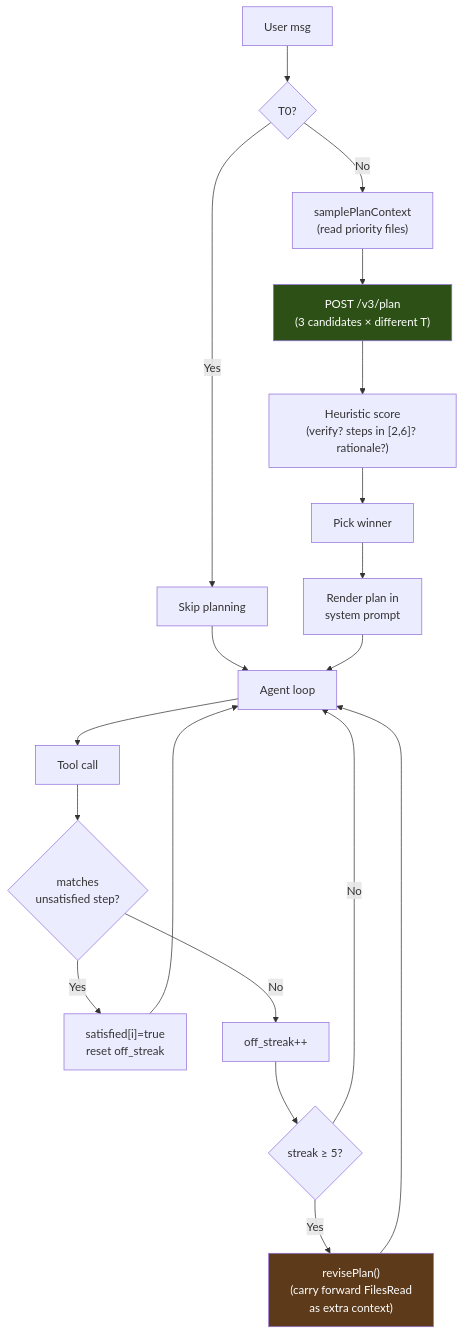
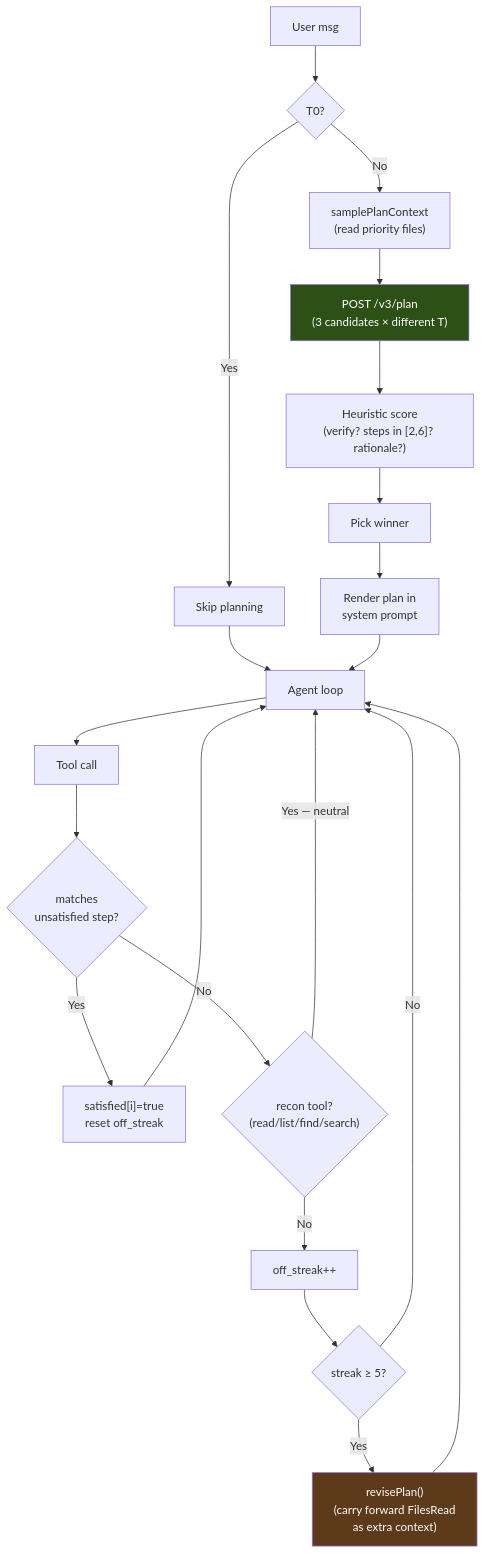
Before and after one commit to itigges22/ATLAS: the diagram in docs/PLAN_MODE.md, drawn with Mermaid. The commit also changed other lines of this file and 5 other files, not shown here.

````diff
--- a/docs/PLAN_MODE.md
+++ b/docs/PLAN_MODE.md
@@ -12,21 +12,23 @@
 ```mermaid
 flowchart TD
     User["User msg"] --> Tier{T0?}
     Tier -->|Yes| Skip["Skip planning"] --> Loop["Agent loop"]
     Tier -->|No| Sample["samplePlanContext\n(read priority files)"]
     Sample --> Plan["POST /v3/plan\n(3 candidates × different T)"]
     Plan --> Score["Heuristic score\n(verify? steps in [2,6]? rationale?)"]
     Score --> Best["Pick winner"]
     Best --> System["Render plan in\nsystem prompt"]
     System --> Loop
     Loop --> Tool["Tool call"]
     Tool --> Adhere{"matches\nunsatisfied step?"}
     Adhere -->|Yes| Tick["satisfied[i]=true\nreset off_streak"] --> Loop
-    Adhere -->|No| Streak["off_streak++"]
+    Adhere -->|No| Recon{"recon tool?\n(read/list/find/search)"}
+    Recon -->|"Yes — neutral"| Loop
+    Recon -->|No| Streak["off_streak++"]
     Streak --> Cap{streak ≥ 5?}
     Cap -->|No| Loop
     Cap -->|Yes| Revise["revisePlan()\n(carry forward FilesRead\nas extra context)"] --> Loop
 
     style Plan fill:#2d5016,color:#fff
     style Revise fill:#5c3a1a,color:#fff
 ```
````
